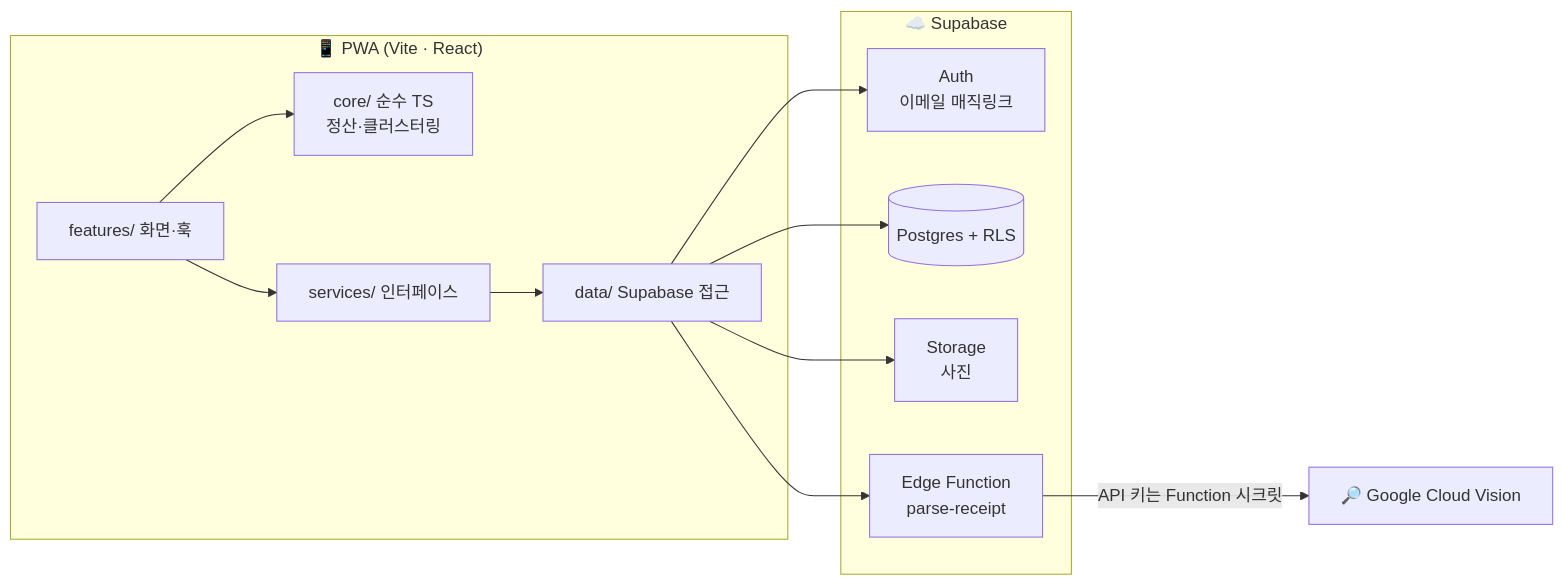
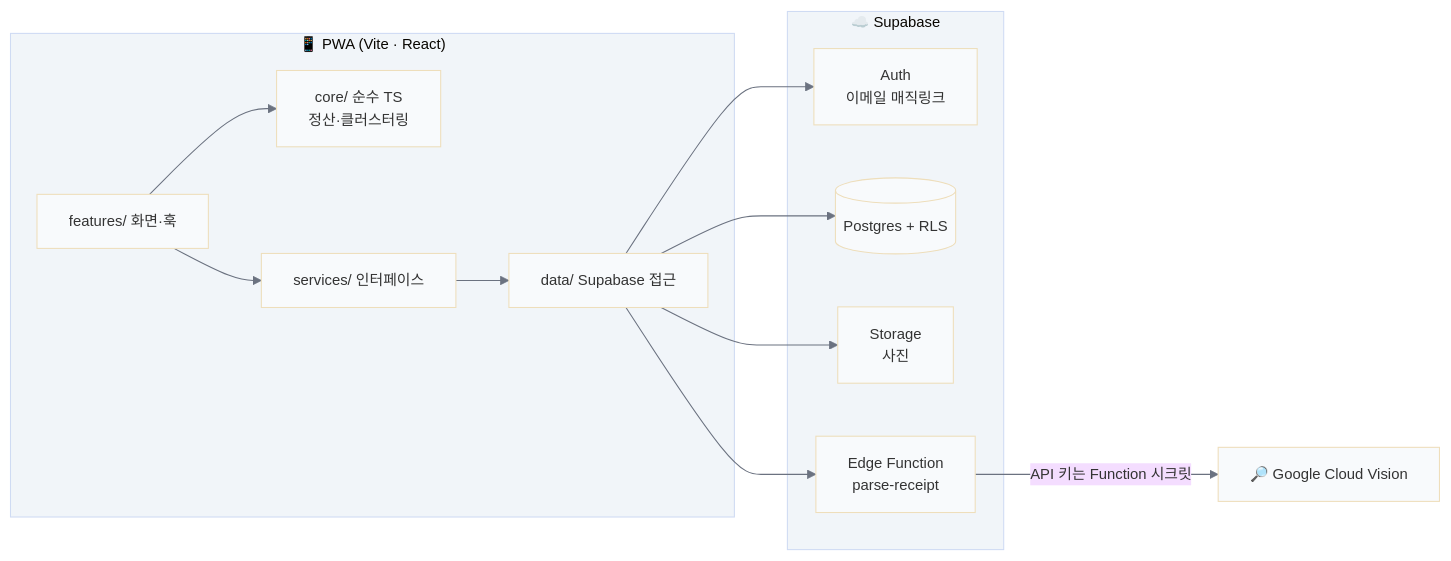
The diagram in README.md (grinvi04/siku), drawn with Mermaid before and after one commit.

Commit message:
docs: Mermaid 다이어그램 %%{init}%% 베이스 테마 적용
github.com 다크/라이트 모드 양쪽에서 더 깔끔하게 렌더되도록
%%{init: {'theme': 'base', 'themeVariables': {...}}}%% 블록 추가.
PNG + <details> 구조는 그대로 유지.

Claude-Session: https://claude.ai/code/session_01RYmui857SAwm1Sq8seWnWT

````diff
--- a/README.md
+++ b/README.md
@@ -66,26 +66,27 @@
 ```mermaid
+%%{init: {'theme': 'base', 'themeVariables': {'lineColor': '#6b7280', 'background': '#f8fafc', 'mainBkg': '#f8fafc', 'clusterBkg': '#f1f5f9', 'fontSize': '14px'}}}%%
 flowchart LR
     subgraph Client["📱 PWA (Vite · React)"]
         UI["features/ 화면·훅"]
         Core["core/ 순수 TS<br/>정산·클러스터링"]
         Svc["services/ 인터페이스"]
         Data["data/ Supabase 접근"]
     end
 
     subgraph Supabase["☁️ Supabase"]
         Auth["Auth<br/>이메일 매직링크"]
         DB[("Postgres + RLS")]
         Store["Storage<br/>사진"]
         Fn["Edge Function<br/>parse-receipt"]
     end
 
     Vision["🔎 Google Cloud Vision"]
 
     UI --> Core
     UI --> Svc --> Data
     Data --> Auth
     Data --> DB
     Data --> Store
     Data --> Fn
     Fn -->|API 키는 Function 시크릿| Vision
 ```
````
